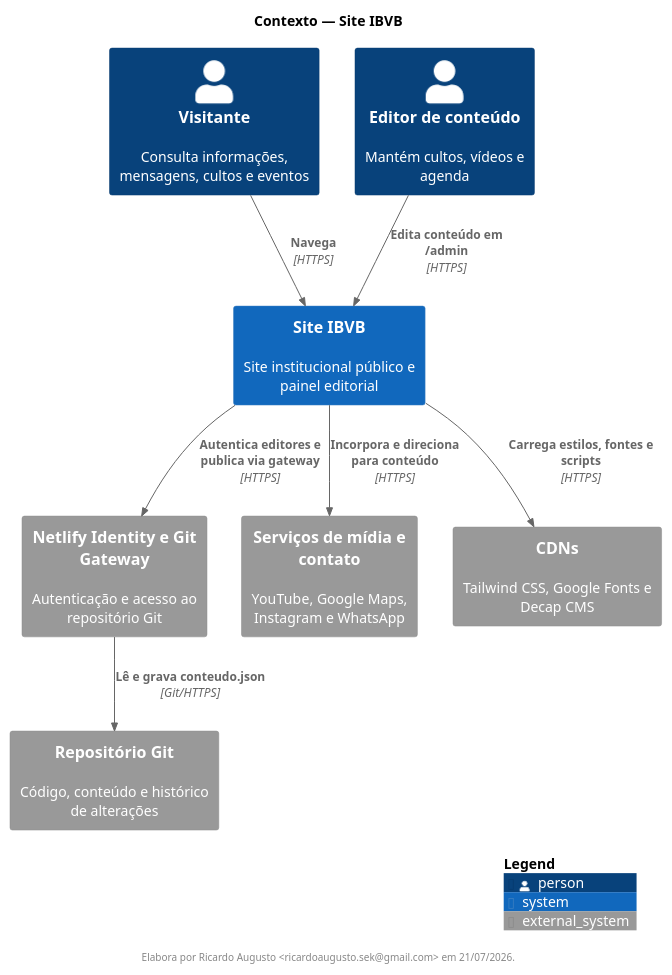
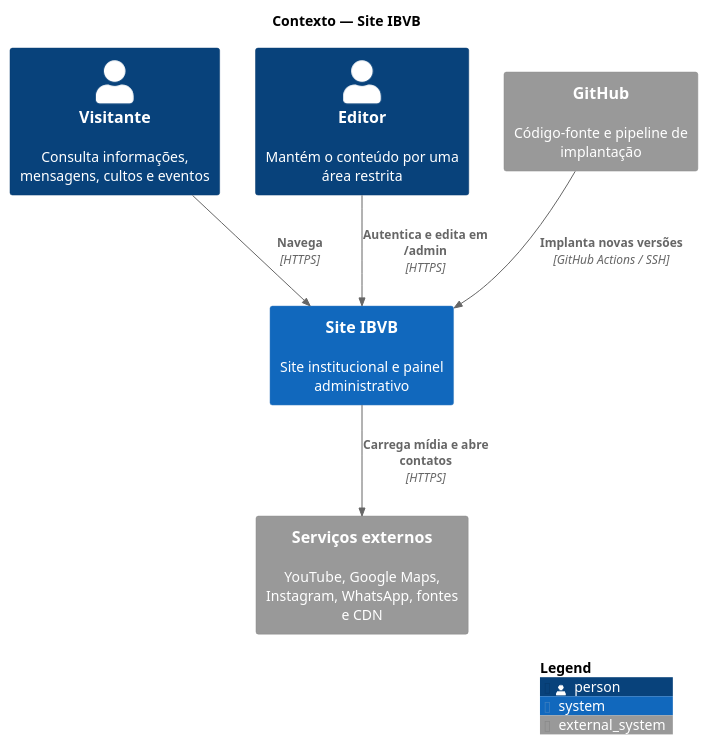
One commit to agenciaho/site-ibvb changed the diagram in documentacao/devops/c4-contexto.puml. Above: the diagram before and after it, drawn with PlantUML. The commit also changed other lines of this file and 16 other files, not shown here.

```diff
--- a/documentacao/devops/c4-contexto.puml
+++ b/documentacao/devops/c4-contexto.puml
@@ -1,25 +1,20 @@
 @startuml C4_Contexto_IBVB
 !includeurl https://raw.githubusercontent.com/plantuml-stdlib/C4-PlantUML/master/C4_Context.puml
 
 title Contexto — Site IBVB
 
 Person(visitante, "Visitante", "Consulta informações, mensagens, cultos e eventos")
-Person(editor, "Editor de conteúdo", "Mantém cultos, vídeos e agenda")
+Person(editor, "Editor", "Mantém o conteúdo por uma área restrita")
 
-System(site, "Site IBVB", "Site institucional público e painel editorial")
+System(site, "Site IBVB", "Site institucional e painel administrativo")
 
-System_Ext(netlifyIdentity, "Netlify Identity e Git Gateway", "Autenticação e acesso ao repositório Git")
-System_Ext(git, "Repositório Git", "Código, conteúdo e histórico de alterações")
-System_Ext(midia, "Serviços de mídia e contato", "YouTube, Google Maps, Instagram e WhatsApp")
-System_Ext(cdn, "CDNs", "Tailwind CSS, Google Fonts e Decap CMS")
+System_Ext(git, "GitHub", "Código-fonte e pipeline de implantação")
+System_Ext(midia, "Serviços externos", "YouTube, Google Maps, Instagram, WhatsApp, fontes e CDN")
 
 Rel(visitante, site, "Navega", "HTTPS")
-Rel(editor, site, "Edita conteúdo em /admin", "HTTPS")
-Rel(site, netlifyIdentity, "Autentica editores e publica via gateway", "HTTPS")
-Rel(netlifyIdentity, git, "Lê e grava conteudo.json", "Git/HTTPS")
-Rel(site, midia, "Incorpora e direciona para conteúdo", "HTTPS")
-Rel(site, cdn, "Carrega estilos, fontes e scripts", "HTTPS")
+Rel(editor, site, "Autentica e edita em /admin", "HTTPS")
+Rel(git, site, "Implanta novas versões", "GitHub Actions / SSH")
+Rel(site, midia, "Carrega mídia e abre contatos", "HTTPS")
 
-footer Elabora por Ricardo Augusto <ricardoaugusto.sek@gmail.com> em 21/07/2026.
 SHOW_LEGEND()
 @enduml
```
